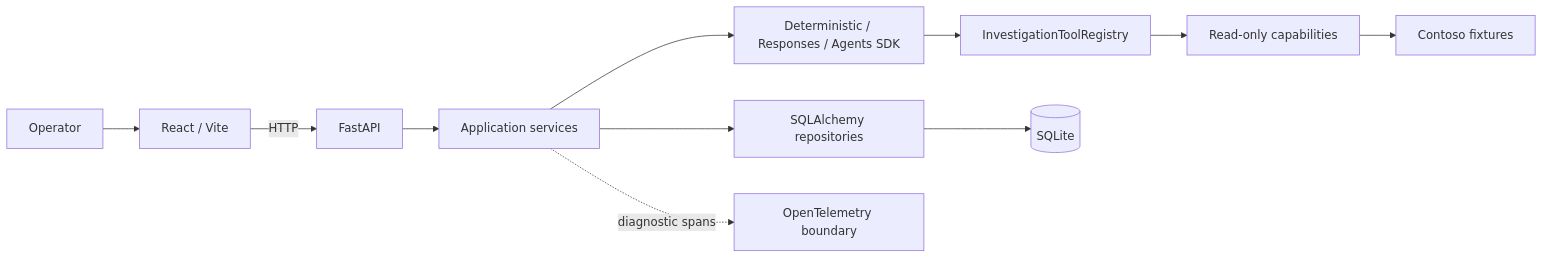
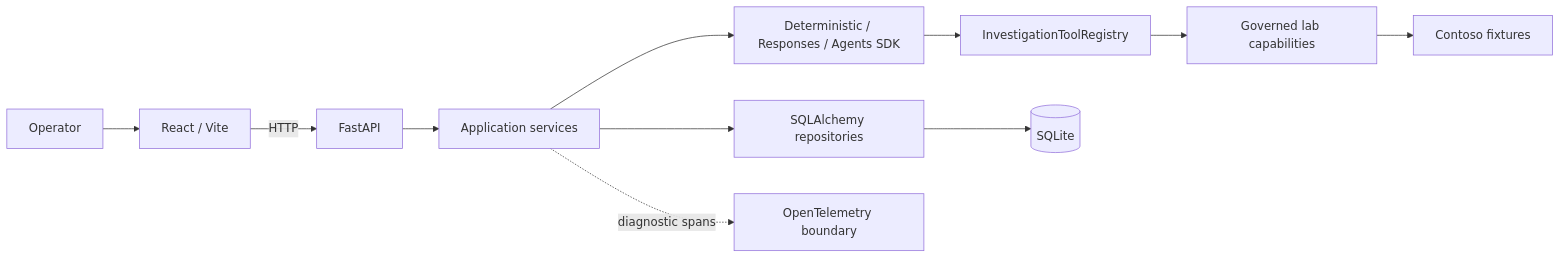
Before and after one commit to cmosantos/agentic-supportops: the first of 2 diagrams in docs/architecture.md, drawn with Mermaid. The commit also changed other lines of this file and 13 other files, not shown here.

````diff
--- a/docs/architecture.md
+++ b/docs/architecture.md
@@ -9,13 +9,13 @@
 ```mermaid
 flowchart LR
     Operator --> Web[React / Vite]
     Web -->|HTTP| API[FastAPI]
     API --> Services[Application services]
     Services --> Runtime[Deterministic / Responses / Agents SDK]
     Runtime --> Registry[InvestigationToolRegistry]
-    Registry --> Simulation[Read-only capabilities]
+    Registry --> Simulation[Governed lab capabilities]
     Simulation --> Fixtures[Contoso fixtures]
     Services --> Repository[SQLAlchemy repositories]
     Repository --> Database[(SQLite)]
     Services -. diagnostic spans .-> Telemetry[OpenTelemetry boundary]
 ```
````
